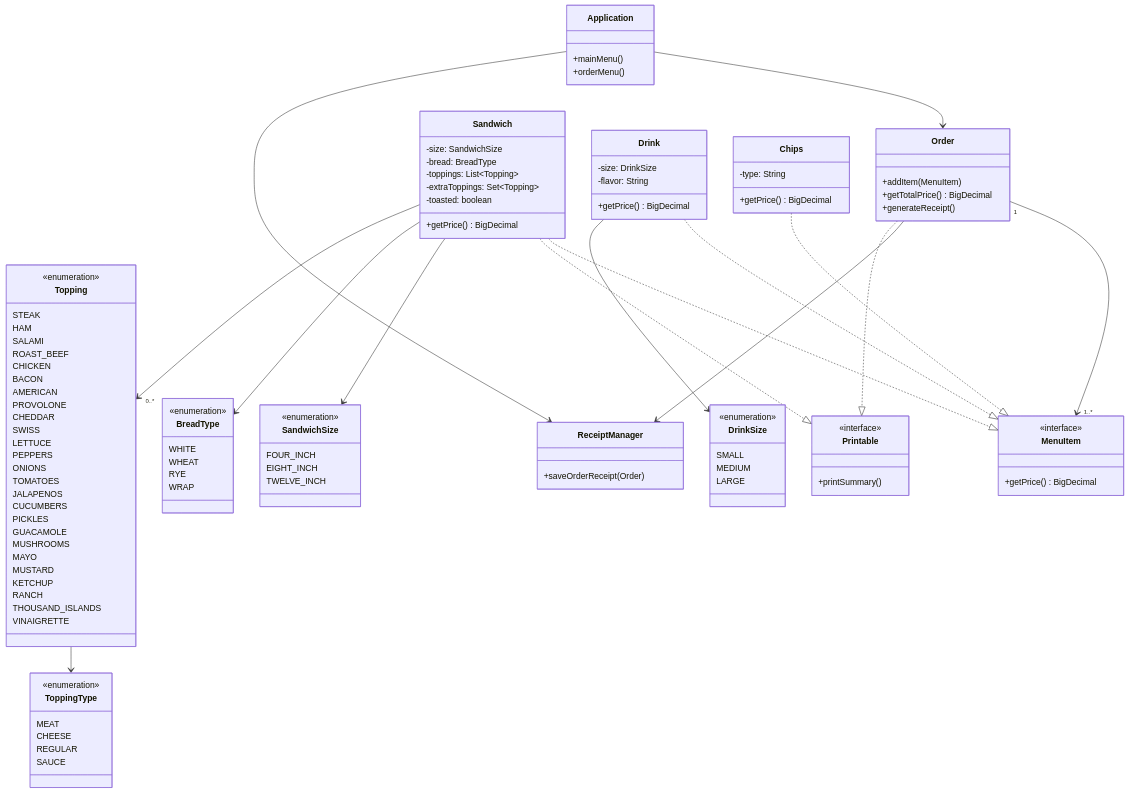
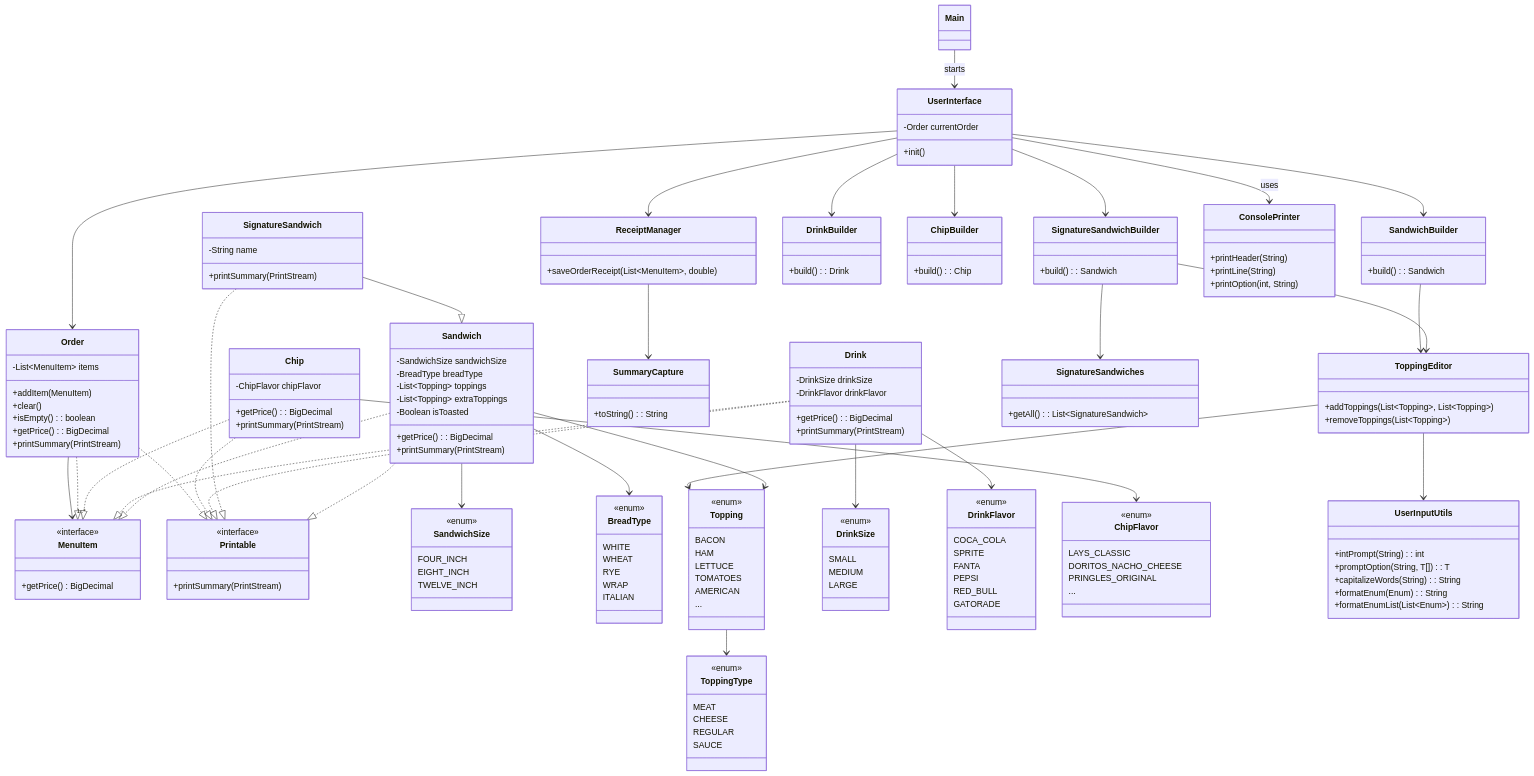
Before and after one commit to paulofranklins2/sandwich-shop-cli: the diagram in readme.md, drawn with Mermaid. The commit also changed other lines of this file and 4 other files, not shown here.

````diff
--- a/readme.md
+++ b/readme.md
@@ -119,123 +168,172 @@
 ```mermaid
-
 classDiagram
+direction TB
+    class MenuItem {
+	    +getPrice() BigDecimal
+    }
+    class Printable {
+	    +printSummary(PrintStream)
+    }
+    class SandwichSize {
+	    FOUR_INCH
+	    EIGHT_INCH
+	    TWELVE_INCH
+    }
+    class BreadType {
+	    WHITE
+	    WHEAT
+	    RYE
+	    WRAP
+	    ITALIAN
+    }
+    class ToppingType {
+	    MEAT
+	    CHEESE
+	    REGULAR
+	    SAUCE
+    }
+    class Topping {
+	    BACON
+	    HAM
+	    LETTUCE
+	    TOMATOES
+	    AMERICAN
+	    ...
+    }
+    class DrinkSize {
+	    SMALL
+	    MEDIUM
+	    LARGE
+    }
+    class DrinkFlavor {
+	    COCA_COLA
+	    SPRITE
+	    FANTA
+	    PEPSI
+	    RED_BULL
+	    GATORADE
+    }
+    class ChipFlavor {
+	    LAYS_CLASSIC
+	    DORITOS_NACHO_CHEESE
+	    PRINGLES_ORIGINAL
+	    ...
+    }
+    class Sandwich {
+	    -SandwichSize sandwichSize
+	    -BreadType breadType
+	    -List~Topping~ toppings
+	    -List~Topping~ extraToppings
+	    -Boolean isToasted
+	    +getPrice() : BigDecimal
+	    +printSummary(PrintStream)
+    }
+    class SignatureSandwich {
+	    -String name
+	    +printSummary(PrintStream)
+    }
+    class Drink {
+	    -DrinkSize drinkSize
+	    -DrinkFlavor drinkFlavor
+	    +getPrice() : BigDecimal
+	    +printSummary(PrintStream)
+    }
+    class Chip {
+	    -ChipFlavor chipFlavor
+	    +getPrice() : BigDecimal
+	    +printSummary(PrintStream)
+    }
     class Order {
-        +addItem(MenuItem)
-        +getTotalPrice() BigDecimal
-        +generateReceipt()
+	    -List~MenuItem~ items
+	    +addItem(MenuItem)
+	    +clear()
+	    +isEmpty() : boolean
+	    +getPrice() : BigDecimal
+	    +printSummary(PrintStream)
     }
-
-    class Sandwich {
-        -size: SandwichSize
-        -bread: BreadType
-        -toppings: List~Topping~
-        -extraToppings: Set~Topping~
-        -toasted: boolean
-        +getPrice() BigDecimal
+    class SandwichBuilder {
+	    +build() : Sandwich
     }
-
-    class Drink {
-        -size: DrinkSize
-        -flavor: String
-        +getPrice() BigDecimal
+    class SignatureSandwichBuilder {
+	    +build() : Sandwich
     }
-
-    class Chips {
-        -type: String
-        +getPrice() BigDecimal
+    class DrinkBuilder {
+	    +build() : Drink
     }
-
-    class Topping {
-        <<enumeration>>
-        STEAK
-        HAM
-        SALAMI
-        ROAST_BEEF
-        CHICKEN
-        BACON
-        AMERICAN
-        PROVOLONE
-        CHEDDAR
-        SWISS
-        LETTUCE
-        PEPPERS
-        ONIONS
-        TOMATOES
-        JALAPENOS
-        CUCUMBERS
-        PICKLES
-        GUACAMOLE
-        MUSHROOMS
-        MAYO
-        MUSTARD
-        KETCHUP
-        RANCH
-        THOUSAND_ISLANDS
-        VINAIGRETTE
+    class ChipBuilder {
+	    +build() : Chip
     }
-
-    class ToppingType {
-        <<enumeration>>
-        MEAT
-        CHEESE
-        REGULAR
-        SAUCE
+    class ReceiptManager {
+	    +saveOrderReceipt(List~MenuItem~, double)
     }
-
-    class SandwichSize {
-        <<enumeration>>
-        FOUR_INCH
-        EIGHT_INCH
-        TWELVE_INCH
+    class SummaryCapture {
+	    +toString() : String
     }
-
-    class BreadType {
-        <<enumeration>>
-        WHITE
-        WHEAT
-        RYE
-        WRAP
+    class ConsolePrinter {
+	    +printHeader(String)
+	    +printLine(String)
+	    +printOption(int, String)
     }
-
-    class DrinkSize {
-        <<enumeration>>
-        SMALL
-        MEDIUM
-        LARGE
+    class ToppingEditor {
+	    +addToppings(List~Topping~, List~Topping~)
+	    +removeToppings(List~Topping~)
     }
-
-    class ReceiptManager {
-        +saveOrderReceipt(Order)
+    class UserInputUtils {
+	    +intPrompt(String) : int
+	    +promptOption(String, T[]) : T
+	    +capitalizeWords(String) : String
+	    +formatEnum(Enum) : String
+	    +formatEnumList(List~Enum~) : String
     }
-
-    class Application {
-        +mainMenu()
-        +orderMenu()
+    class UserInterface {
+	    -Order currentOrder
+	    +init()
     }
-
-    class MenuItem {
-        <<interface>>
-        +getPrice() BigDecimal
+    class Main {
     }
-
-    class Printable {
-        <<interface>>
-        +printSummary()
+    class SignatureSandwiches {
+	    +getAll() : List~SignatureSandwich~
     }
-
-    Order "1" --> "1..*" MenuItem
-    Order --> ReceiptManager
-    Order ..|> Printable
+	<<interface>> MenuItem
+	<<interface>> Printable
+	<<enum>> SandwichSize
+	<<enum>> BreadType
+	<<enum>> ToppingType
+	<<enum>> Topping
+	<<enum>> DrinkSize
+	<<enum>> DrinkFlavor
+	<<enum>> ChipFlavor
+    SignatureSandwich --|> Sandwich
     Sandwich ..|> MenuItem
     Sandwich ..|> Printable
+    SignatureSandwich ..|> Printable
+    Drink ..|> MenuItem
+    Drink ..|> Printable
+    Chip ..|> MenuItem
+    Chip ..|> Printable
+    Order ..|> MenuItem
+    Order ..|> Printable
+    Order --> "1..*" MenuItem
     Sandwich --> SandwichSize
     Sandwich --> BreadType
-    Sandwich --> "0..*" Topping
-    Drink ..|> MenuItem
+    Sandwich --> Topping
+    Topping --> ToppingType
+    Drink --> DrinkFlavor
     Drink --> DrinkSize
-    Chips ..|> MenuItem
-    Topping --> ToppingType
-    Application --> Order
-    Application --> ReceiptManager
+    Chip --> ChipFlavor
+    UserInterface --> Order
+    UserInterface --> SandwichBuilder
+    UserInterface --> SignatureSandwichBuilder
+    UserInterface --> DrinkBuilder
+    UserInterface --> ChipBuilder
+    UserInterface --> ReceiptManager
+    ReceiptManager --> SummaryCapture
+    SignatureSandwichBuilder --> SignatureSandwiches
+    SignatureSandwichBuilder --> ToppingEditor
+    SandwichBuilder --> ToppingEditor
+    ToppingEditor --> Topping
+    ToppingEditor --> UserInputUtils
+    Main --> UserInterface : starts
+    UserInterface --> ConsolePrinter : uses
 
 ```
````
